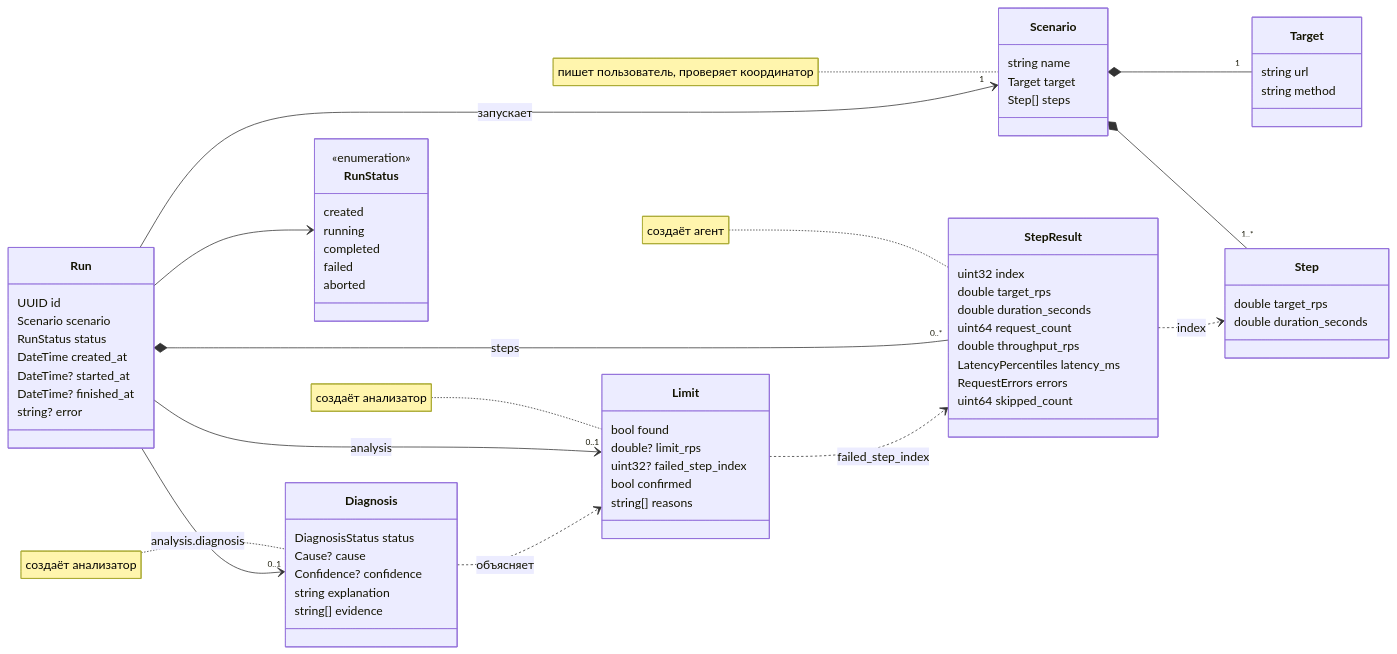
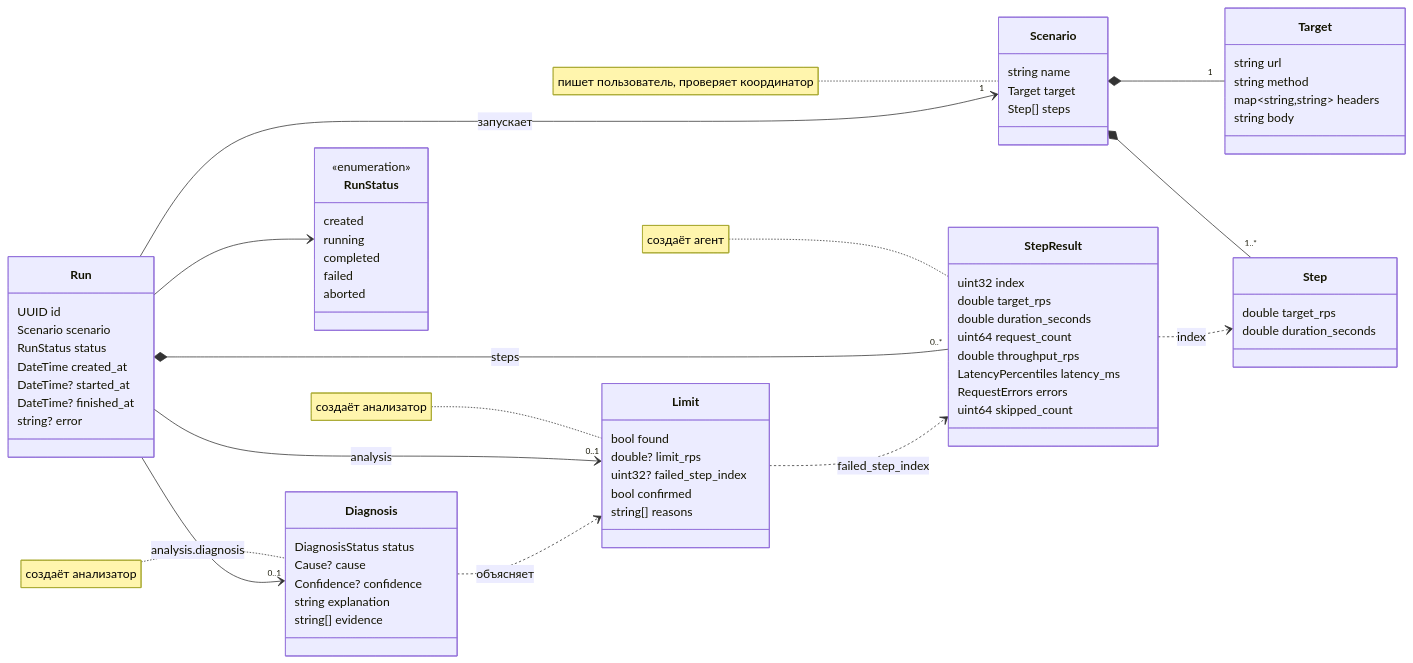
One commit to Rofls-Inc/Bendmark changed the first of 2 diagrams in docs/domain.md. Above: the diagram before and after it, drawn with Mermaid. The commit also changed other lines of this file and 41 other files, not shown here.

````diff
--- a/docs/domain.md
+++ b/docs/domain.md
@@ -124,75 +126,77 @@
 ```mermaid
 classDiagram
     direction LR
 
     class Scenario {
         string name
         Target target
         Step[] steps
     }
     class Target {
         string url
         string method
+        map~string,string~ headers
+        string body
     }
     class Step {
         double target_rps
         double duration_seconds
     }
     class Run {
         UUID id
         Scenario scenario
         RunStatus status
         DateTime created_at
         DateTime? started_at
         DateTime? finished_at
         string? error
     }
     class StepResult {
         uint32 index
         double target_rps
         double duration_seconds
         uint64 request_count
         double throughput_rps
         LatencyPercentiles latency_ms
         RequestErrors errors
         uint64 skipped_count
     }
     class Limit {
         bool found
         double? limit_rps
         uint32? failed_step_index
         bool confirmed
         string[] reasons
     }
     class Diagnosis {
         DiagnosisStatus status
         Cause? cause
         Confidence? confidence
         string explanation
         string[] evidence
     }
     class RunStatus {
         <<enumeration>>
         created
         running
         completed
         failed
         aborted
     }
 
     Scenario *-- "1" Target
     Scenario *-- "1..*" Step
     Run --> "1" Scenario : запускает
     Run --> RunStatus
     Run *-- "0..*" StepResult : steps
     Run --> "0..1" Limit : analysis
     Run --> "0..1" Diagnosis : analysis.diagnosis
     Diagnosis ..> Limit : объясняет
     StepResult ..> Step : index
     Limit ..> StepResult : failed_step_index
 
     note for Scenario "пишет пользователь, проверяет координатор"
     note for StepResult "создаёт агент"
     note for Limit "создаёт анализатор"
     note for Diagnosis "создаёт анализатор"
 ```
````
